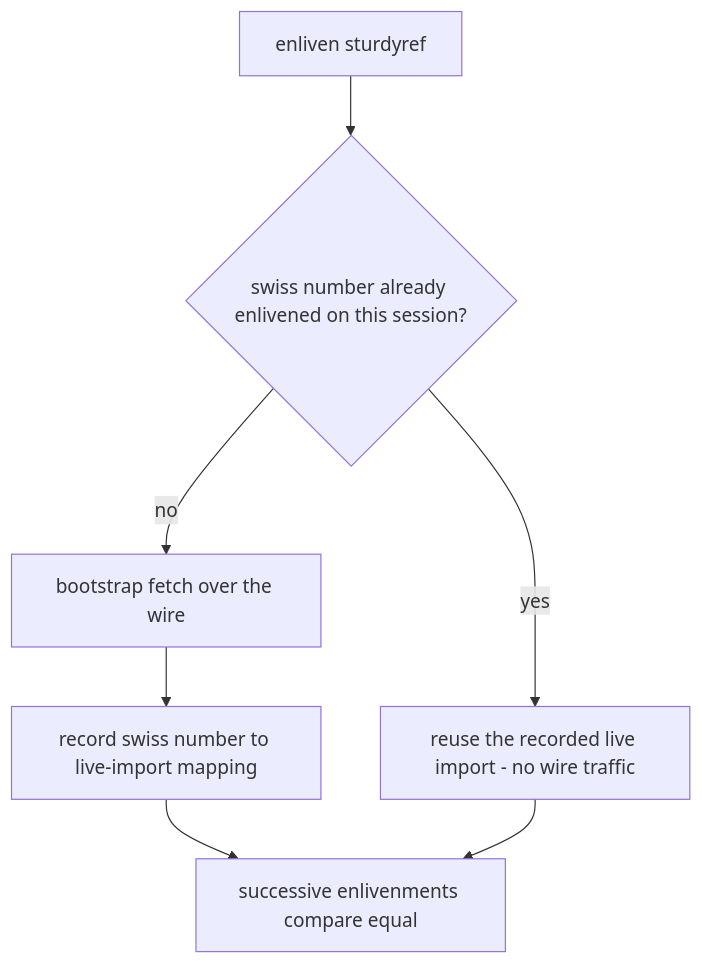
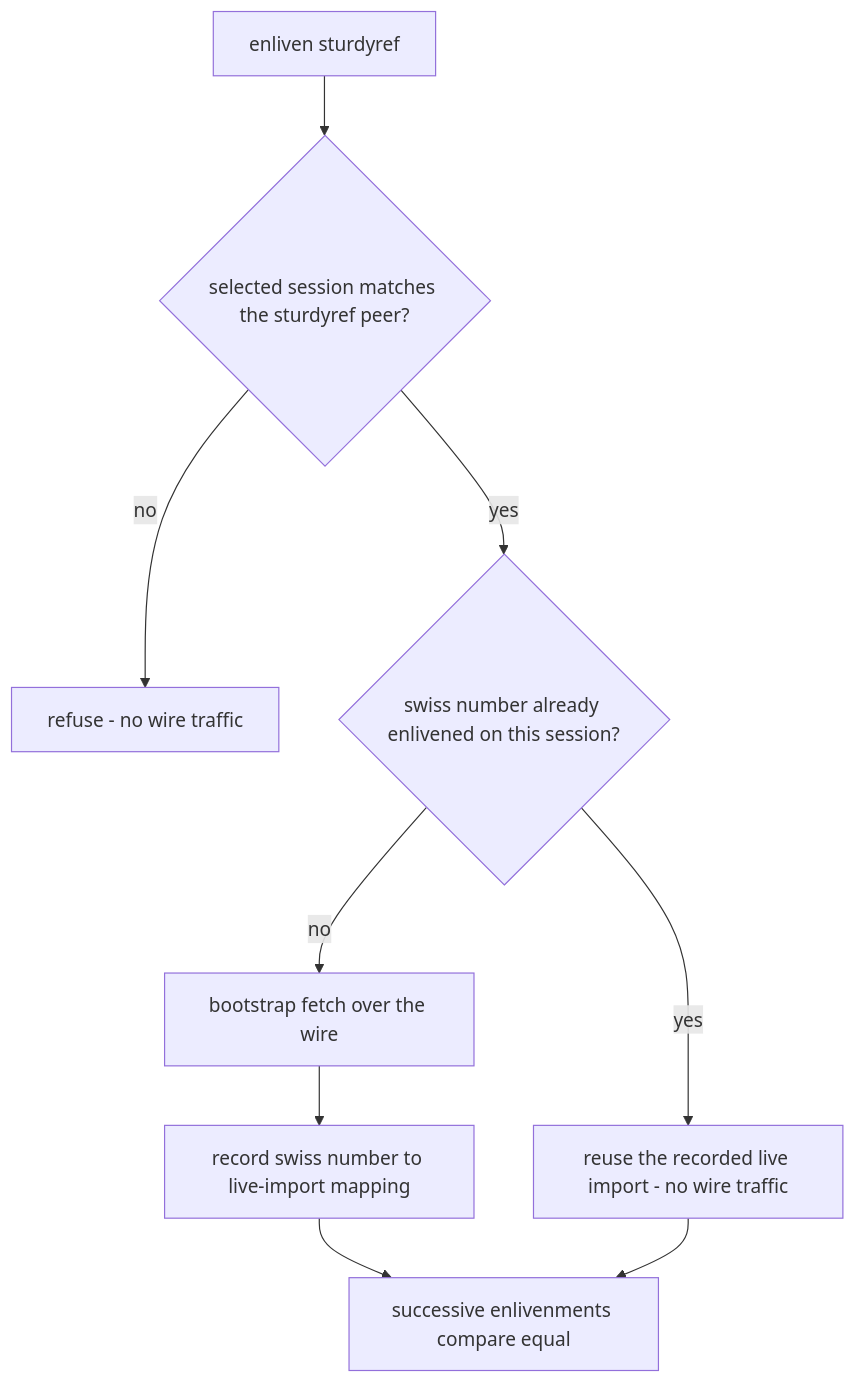
The third of 3 diagrams in docs/protocol-diagrams/07-sturdyrefs-and-locators.md (glowcap-org/glowcap), drawn with Mermaid before and after one commit. The commit also changed other lines of this file and 694 other files, not shown here.

````diff
--- a/docs/protocol-diagrams/07-sturdyrefs-and-locators.md
+++ b/docs/protocol-diagrams/07-sturdyrefs-and-locators.md
@@ -50,9 +53,11 @@
 ```mermaid
 flowchart TD
-    EN["enliven sturdyref"] --> CK{"swiss number already enlivened on this session?"}
+    EN["enliven sturdyref"] --> PM{"selected session matches the sturdyref peer?"}
+    PM -->|no| RF["refuse - no wire traffic"]
+    PM -->|yes| CK{"swiss number already enlivened on this session?"}
     CK -->|no| FE["bootstrap fetch over the wire"]
     FE --> REC["record swiss number to live-import mapping"]
     CK -->|yes| RE["reuse the recorded live import - no wire traffic"]
     REC --> EQ["successive enlivenments compare equal"]
     RE --> EQ
 ```
````
